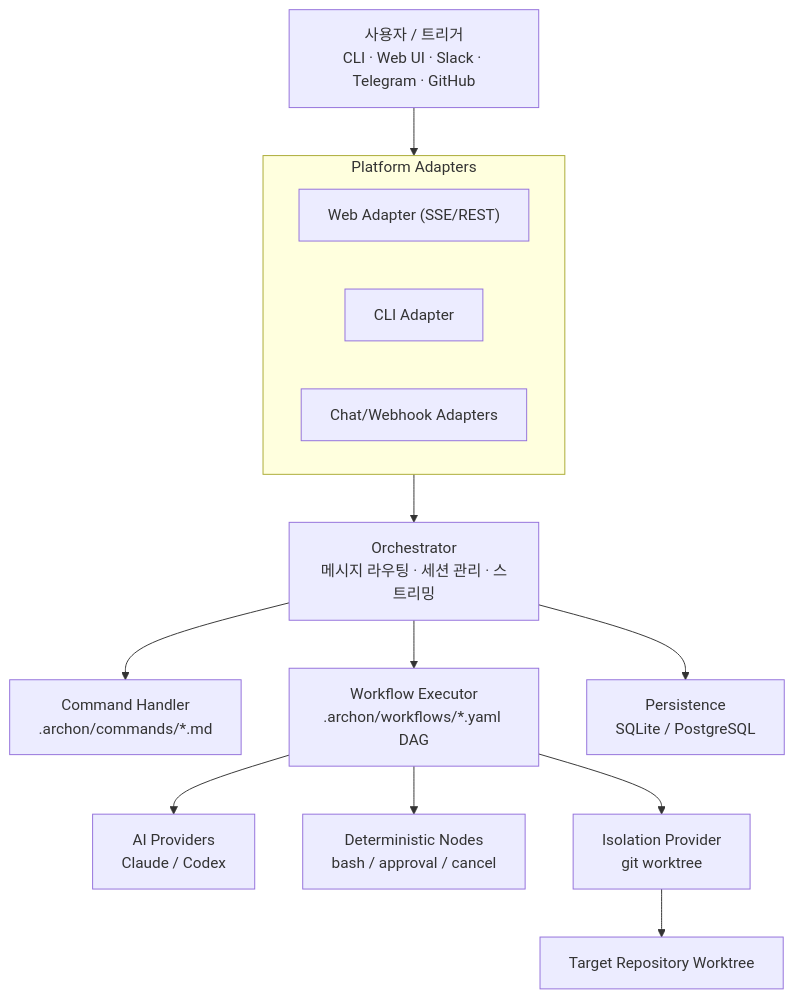
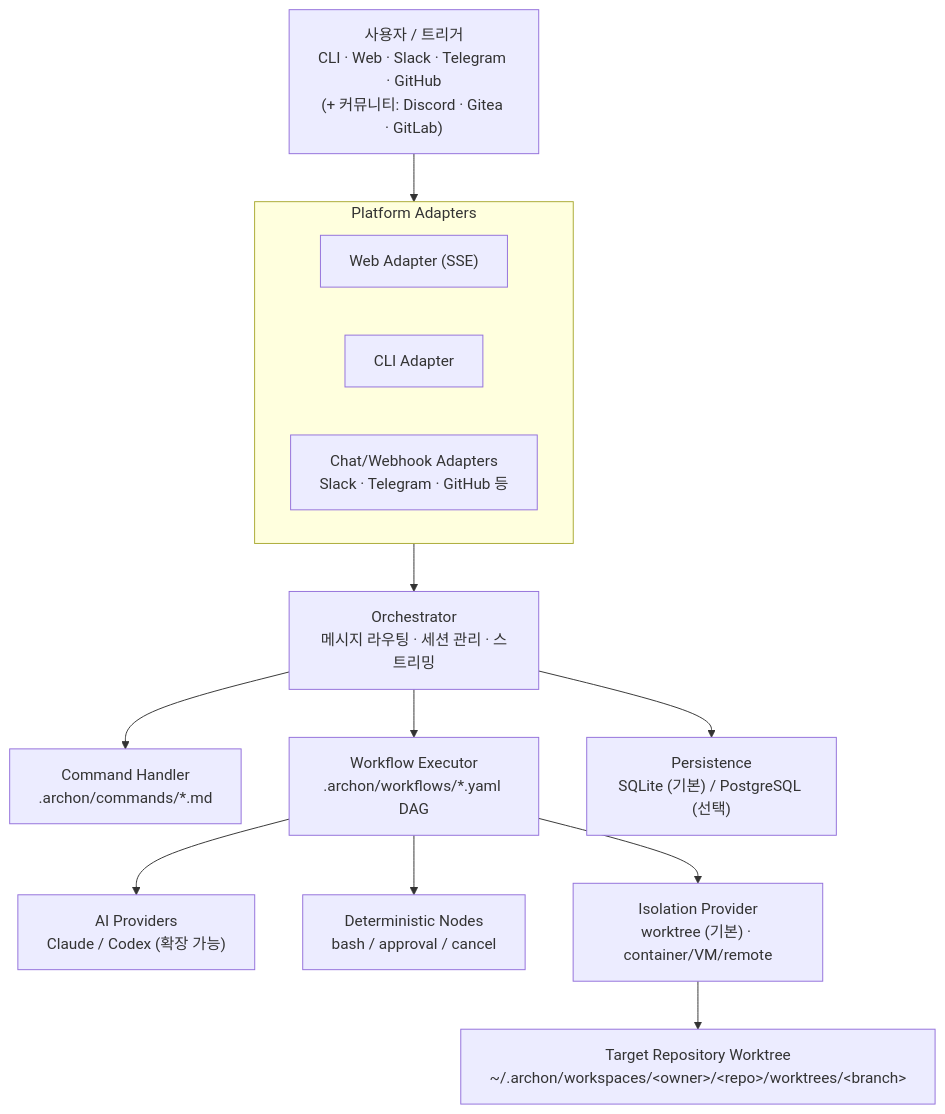
Before and after one commit to kimchanhyung98/agentic-workflows: the first of 3 diagrams in archon/00-diagram.md, drawn with Mermaid. The commit also changed other lines of this file and 2 other files, not shown here.

Commit message:
docs(archon): v2 재작성판 반영 및 구조·워크플로우 정보 보강
- v1(Python, RAG)/v2(TS/Bun) 구분 및 아카이브 브랜치 명시
- 패키지 구조를 실제 11개로 확장, cli/web/git/paths 누락분 반영
- 번들 워크플로우 20종 일람 표 추가
- 격리 프로바이더 확장성(container/VM/remote) 명시
- 런타임·배포 섹션 신설(Bun, 바이너리, docker-compose 프로파일)
- 다이어그램의 DB·어댑터·워크트리 경로·노드 공통 속성 정합성 수정

````diff
--- a/archon/00-diagram.md
+++ b/archon/00-diagram.md
@@ -5,23 +5,23 @@
 ```mermaid
 flowchart TD
-    U["사용자 / 트리거<br/>CLI · Web UI · Slack · Telegram · GitHub"] --> ADP
+    U["사용자 / 트리거<br/>CLI · Web · Slack · Telegram · GitHub<br/>(+ 커뮤니티: Discord · Gitea · GitLab)"] --> ADP
 
     subgraph ADP["Platform Adapters"]
-        A1["Web Adapter (SSE/REST)"]
+        A1["Web Adapter (SSE)"]
         A2["CLI Adapter"]
-        A3["Chat/Webhook Adapters"]
+        A3["Chat/Webhook Adapters<br/>Slack · Telegram · GitHub 등"]
     end
 
     ADP --> ORCH["Orchestrator<br/>메시지 라우팅 · 세션 관리 · 스트리밍"]
 
     ORCH --> CMD["Command Handler<br/>.archon/commands/*.md"]
     ORCH --> WFE["Workflow Executor<br/>.archon/workflows/*.yaml DAG"]
 
-    WFE --> AI["AI Providers<br/>Claude / Codex"]
+    WFE --> AI["AI Providers<br/>Claude / Codex (확장 가능)"]
     WFE --> DET["Deterministic Nodes<br/>bash / approval / cancel"]
 
-    WFE --> ISO["Isolation Provider<br/>git worktree"]
-    ISO --> REPO["Target Repository Worktree"]
+    WFE --> ISO["Isolation Provider<br/>worktree (기본) · container/VM/remote"]
+    ISO --> REPO["Target Repository Worktree<br/>~/.archon/workspaces/&lt;owner&gt;/&lt;repo&gt;/worktrees/&lt;branch&gt;"]
 
-    ORCH --> DB["Persistence<br/>SQLite / PostgreSQL"]
+    ORCH --> DB["Persistence<br/>SQLite (기본) / PostgreSQL (선택)"]
 ```
````
